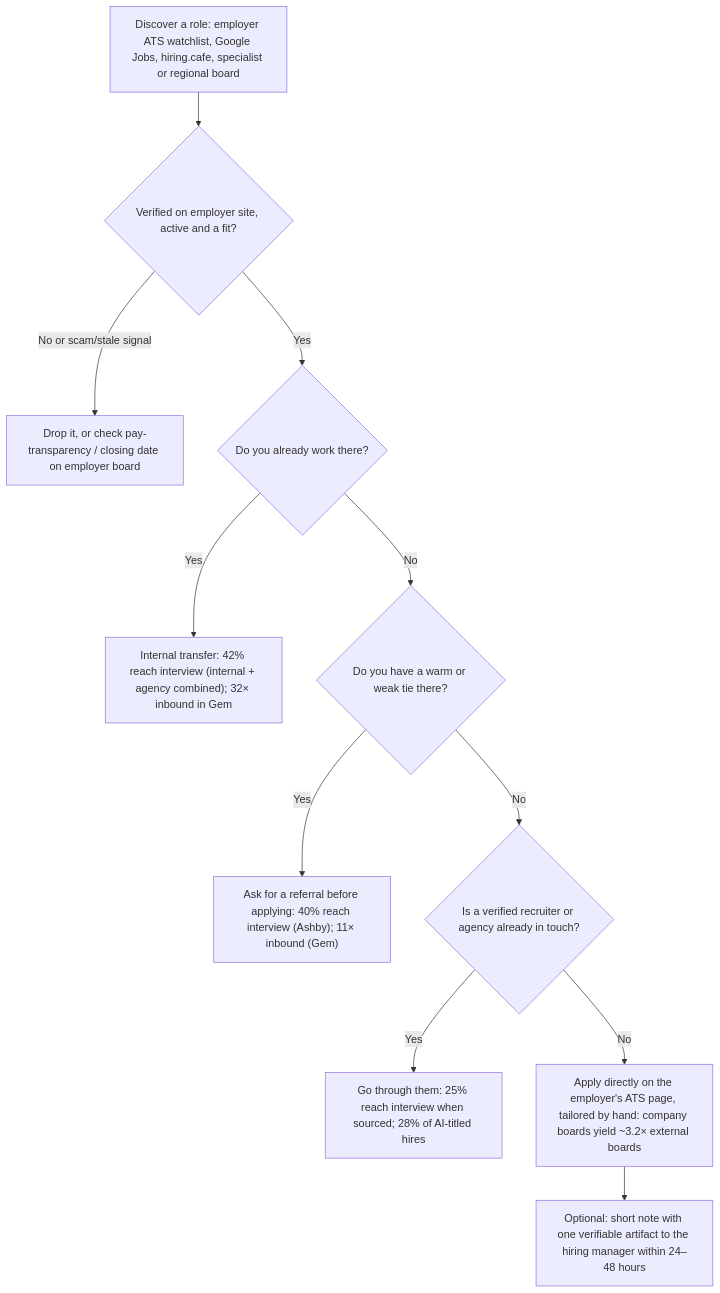
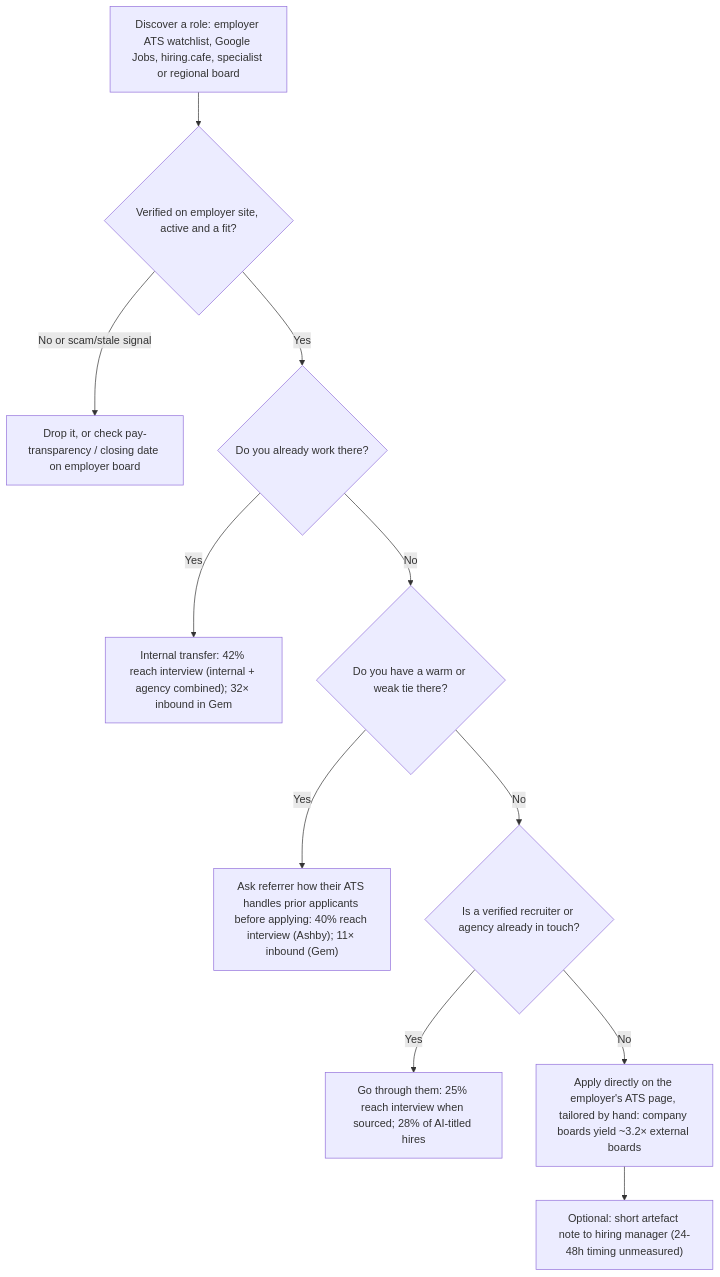
One commit to bhaskarjha-dev/genai-career changed the diagram in career/06-job-search/channels-and-boards.md. Above: the diagram before and after it, drawn with Mermaid. The commit also changed other lines of this file and 5 other files, not shown here.

````diff
--- a/career/06-job-search/channels-and-boards.md
+++ b/career/06-job-search/channels-and-boards.md
@@ -33,13 +33,13 @@
 ```mermaid
 flowchart TD
     A["Discover a role: employer ATS watchlist, Google Jobs, hiring.cafe, specialist or regional board"] --> B{"Verified on employer site, active and a fit?"}
     B -->|"No or scam/stale signal"| X["Drop it, or check pay-transparency / closing date on employer board"]
     B -->|"Yes"| C{"Do you already work there?"}
     C -->|"Yes"| I["Internal transfer: 42% reach interview (internal + agency combined); 32× inbound in Gem"]
     C -->|"No"| D{"Do you have a warm or weak tie there?"}
-    D -->|"Yes"| R["Ask for a referral before applying: 40% reach interview (Ashby); 11× inbound (Gem)"]
+    D -->|"Yes"| R["Ask referrer how their ATS handles prior applicants before applying: 40% reach interview (Ashby); 11× inbound (Gem)"]
     D -->|"No"| S{"Is a verified recruiter or agency already in touch?"}
     S -->|"Yes"| T["Go through them: 25% reach interview when sourced; 28% of AI-titled hires"]
     S -->|"No"| U["Apply directly on the employer's ATS page, tailored by hand: company boards yield ~3.2× external boards"]
-    U --> V["Optional: short note with one verifiable artifact to the hiring manager within 24–48 hours"]
+    U --> V["Optional: short artefact note to hiring manager (24-48h timing unmeasured)"]
 ```
````
